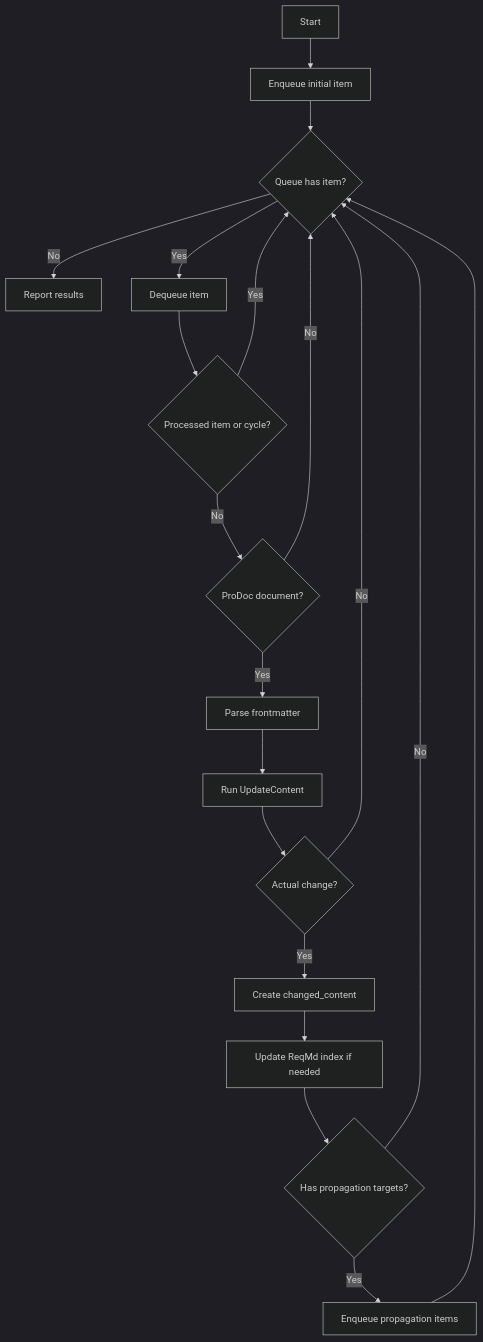
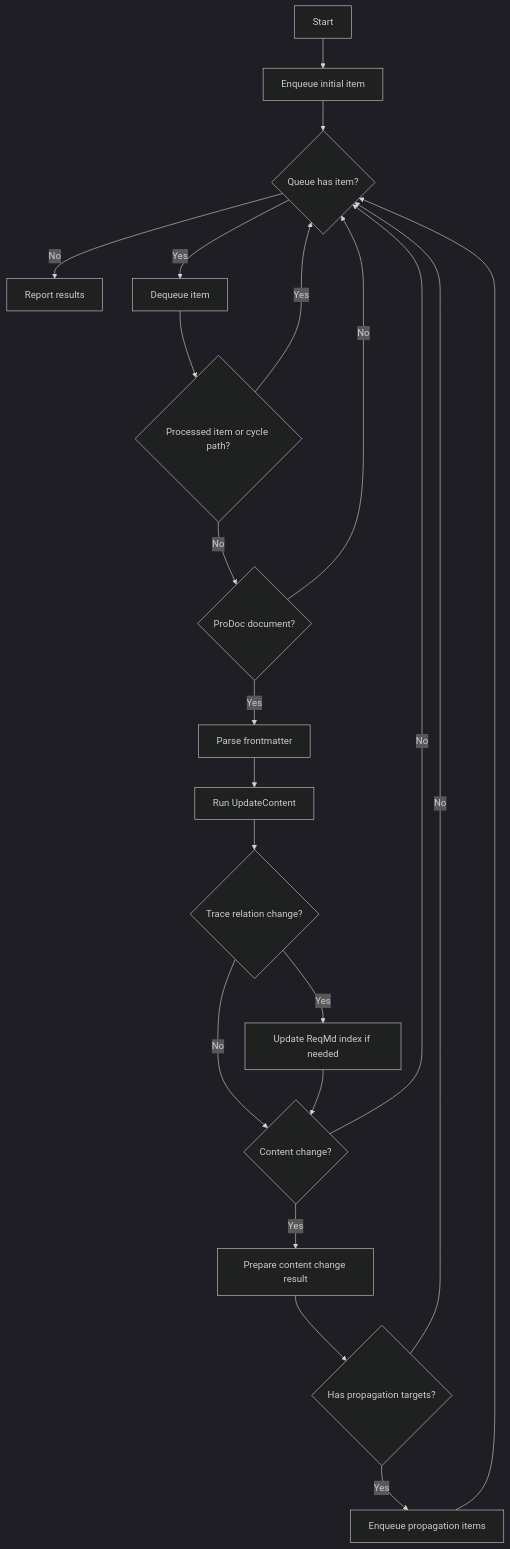
One commit to wizest/reqmd changed the diagram in reqmd/programmable_documentation.md. Above: the diagram before and after it, drawn with Mermaid (dark theme). The commit also changed other lines of this file, not shown here.

````diff
--- a/reqmd/programmable_documentation.md
+++ b/reqmd/programmable_documentation.md
@@ -243,21 +249,23 @@
 ```mermaid
 flowchart TD
     A["Start"] --> B["Enqueue initial item"]
     B --> C{"Queue has item?"}
     C -->|No| Z["Report results"]
     C -->|Yes| D["Dequeue item"]
-    D --> E{"Processed item or cycle?"}
+    D --> E{"Processed item or cycle path?"}
     E -->|Yes| C
     E -->|No| F{"ProDoc document?"}
     F -->|No| C
     F -->|Yes| G["Parse frontmatter"]
     G --> H["Run UpdateContent"]
-    H --> H2{"Actual change?"}
+    H --> J{"Trace relation change?"}
+    J -->|Yes| J2["Update ReqMd index if needed"]
+    J -->|No| H2{"Content change?"}
+    J2 --> H2
     H2 -->|No| C
-    H2 -->|Yes| I["Create changed_content"]
-    I --> J["Update ReqMd index if needed"]
-    J --> K{"Has propagation targets?"}
+    H2 -->|Yes| I["Prepare content change result"]
+    I --> K{"Has propagation targets?"}
     K -->|No| C
     K -->|Yes| L["Enqueue propagation items"]
     L --> C
 ```
````
